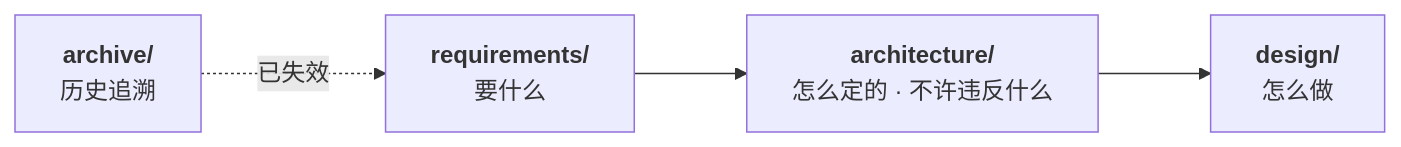
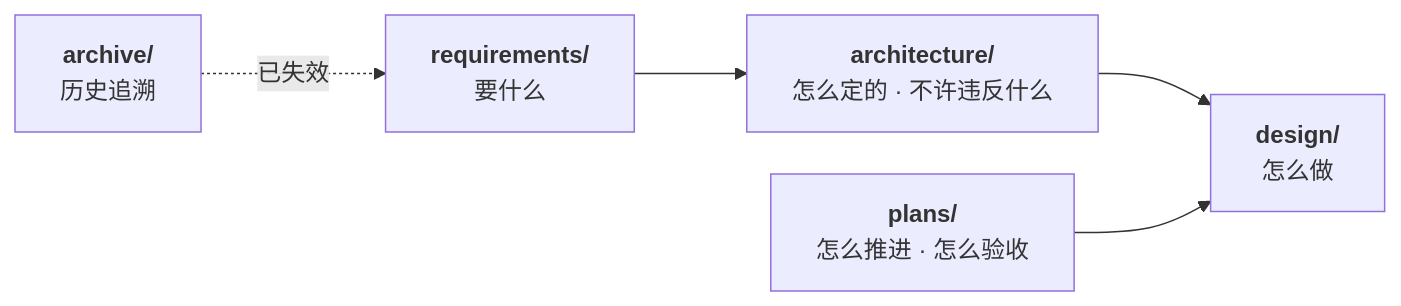
The diagram in docs/README.md (charleslyh/nova-chat), drawn with Mermaid before and after one commit. The commit also changed other lines of this file and 72 other files, not shown here.

````diff
--- a/docs/README.md
+++ b/docs/README.md
@@ -9,7 +9,8 @@
 ```mermaid
 %%{init: {"flowchart": {"curve": "basis", "rankSpacing": 75, "nodeSpacing": 28}}}%%
 flowchart LR
     R["<b>requirements/</b><br/>要什么"] --> A["<b>architecture/</b><br/>怎么定的 · 不许违反什么"]
     A --> D["<b>design/</b><br/>怎么做"]
+    P["<b>plans/</b><br/>怎么推进 · 怎么验收"] --> D
     AR["<b>archive/</b><br/>历史追溯"] -.已失效.-> R
 ```
````
